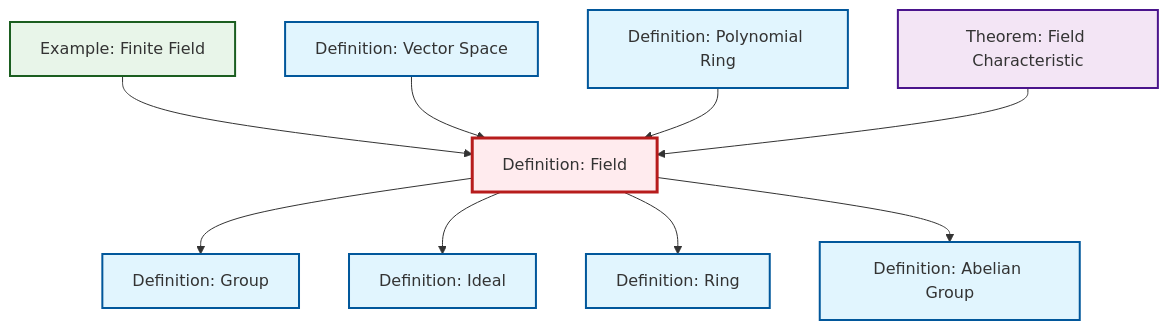
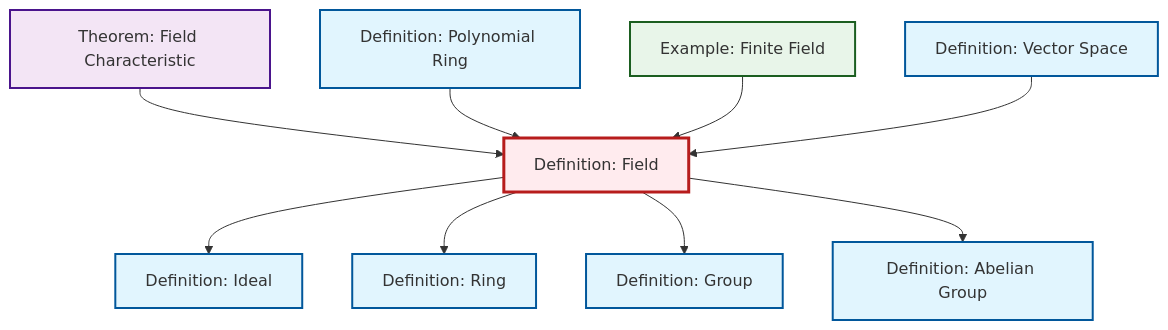
The diagram in content/ja/algebra/def-field.qmd (RK0429/ModernMath), drawn with Mermaid before and after one commit. The commit also changed other lines of this file and 491 other files, not shown here.

````diff
--- a/content/ja/algebra/def-field.qmd
+++ b/content/ja/algebra/def-field.qmd
@@ -58,35 +58,35 @@
 ```{mermaid}
 %%| fig-cap: "Local dependency graph"
 graph TD
     classDef definition fill:#e1f5fe,stroke:#01579b,stroke-width:2px
     classDef theorem fill:#f3e5f5,stroke:#4a148c,stroke-width:2px
     classDef axiom fill:#fff3e0,stroke:#e65100,stroke-width:2px
     classDef example fill:#e8f5e9,stroke:#1b5e20,stroke-width:2px
     classDef current fill:#ffebee,stroke:#b71c1c,stroke-width:3px
-    thm-field-characteristic["Theorem: Field Characteristic"]:::theorem
-    def-polynomial-ring["Definition: Polynomial Ring"]:::definition
+    def-abelian-group["Definition: Abelian Group"]:::definition
+    ex-finite-field["Example: Finite Field"]:::example
+    def-field["Definition: Field"]:::definition
     def-group["Definition: Group"]:::definition
     def-ideal["Definition: Ideal"]:::definition
-    def-abelian-group["Definition: Abelian Group"]:::definition
-    def-field["Definition: Field"]:::definition
+    def-polynomial-ring["Definition: Polynomial Ring"]:::definition
+    def-vector-space["Definition: Vector Space"]:::definition
     def-ring["Definition: Ring"]:::definition
-    def-vector-space["Definition: Vector Space"]:::definition
-    ex-finite-field["Example: Finite Field"]:::example
-    def-field --> def-group
+    thm-field-characteristic["Theorem: Field Characteristic"]:::theorem
+    thm-field-characteristic --> def-field
+    def-polynomial-ring --> def-field
+    ex-finite-field --> def-field
     def-field --> def-ideal
     def-field --> def-ring
-    ex-finite-field --> def-field
     def-vector-space --> def-field
+    def-field --> def-group
     def-field --> def-abelian-group
-    def-polynomial-ring --> def-field
-    thm-field-characteristic --> def-field
     class def-field current
-    click thm-field-characteristic "thm-field-characteristic.html" "Theorem: Field Characteristicへ"
-    click def-polynomial-ring "def-polynomial-ring.html" "Definition: Polynomial Ringへ"
+    click def-abelian-group "def-abelian-group.html" "Definition: Abelian Groupへ"
+    click ex-finite-field "ex-finite-field.html" "Example: Finite Fieldへ"
     click def-group "def-group.html" "Definition: Groupへ"
     click def-ideal "def-ideal.html" "Definition: Idealへ"
-    click def-abelian-group "def-abelian-group.html" "Definition: Abelian Groupへ"
+    click def-polynomial-ring "def-polynomial-ring.html" "Definition: Polynomial Ringへ"
+    click def-vector-space "def-vector-space.html" "Definition: Vector Spaceへ"
     click def-ring "def-ring.html" "Definition: Ringへ"
-    click def-vector-space "def-vector-space.html" "Definition: Vector Spaceへ"
-    click ex-finite-field "ex-finite-field.html" "Example: Finite Fieldへ"
+    click thm-field-characteristic "thm-field-characteristic.html" "Theorem: Field Characteristicへ"
 ```
````
